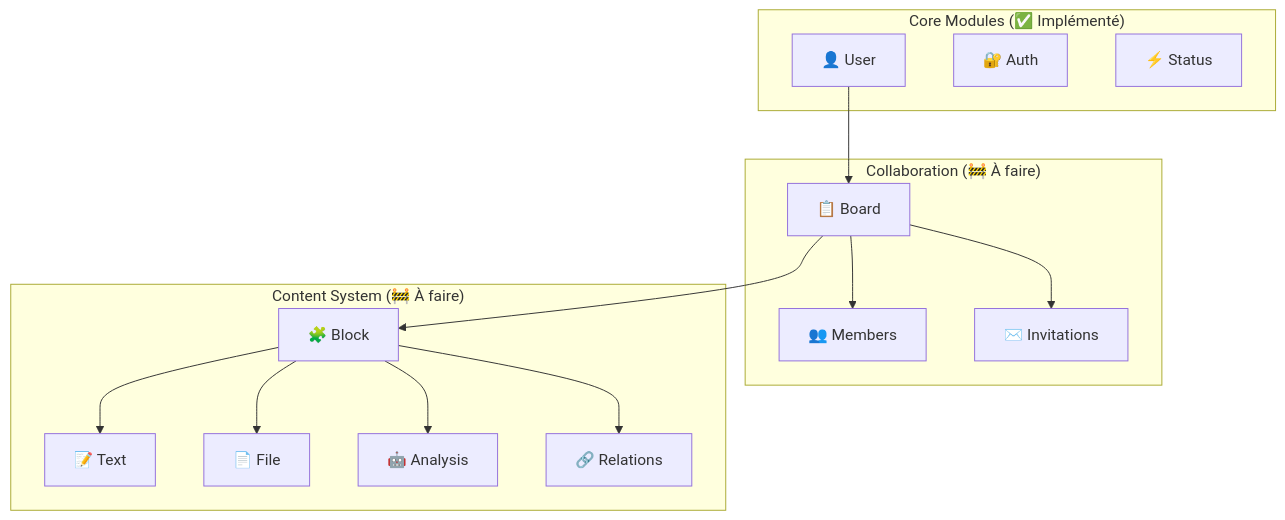
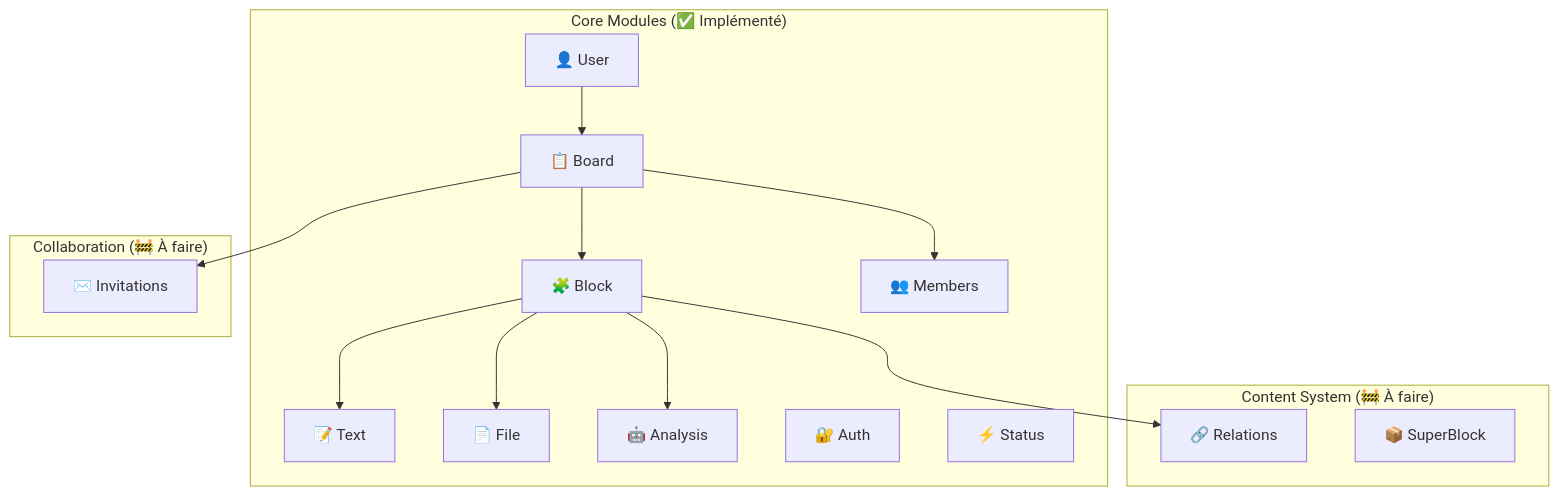
The diagram in docs/analyse-projet-complete.md (GuillaumeSrn/zukii-nest), drawn with Mermaid before and after one commit. The commit also changed other lines of this file and 7 other files, not shown here.

````diff
--- a/docs/analyse-projet-complete.md
+++ b/docs/analyse-projet-complete.md
@@ -116,31 +131,32 @@
 ```mermaid
 graph TD
     User[👤 User] --> Board[📋 Board]
     Board --> Block[🧩 Block]
     Block --> TextContent[📝 Text]
     Block --> FileContent[📄 File] 
     Block --> AnalysisContent[🤖 Analysis]
     Board --> BoardMember[👥 Members]
     Board --> Invitation[✉️ Invitations]
     Block --> BlockRelation[🔗 Relations]
     
     subgraph "Core Modules (✅ Implémenté)"
         User
         Auth[🔐 Auth]
         Status[⚡ Status]
+        Board
+        BoardMember
+        Block
+        TextContent
+        FileContent
+        AnalysisContent
     end
     
     subgraph "Collaboration (🚧 À faire)"
-        Board
-        BoardMember
         Invitation
     end
     
     subgraph "Content System (🚧 À faire)"
-        Block
-        TextContent
-        FileContent
-        AnalysisContent
         BlockRelation
+        SuperBlock[📦 SuperBlock]
     end
 ```
````
